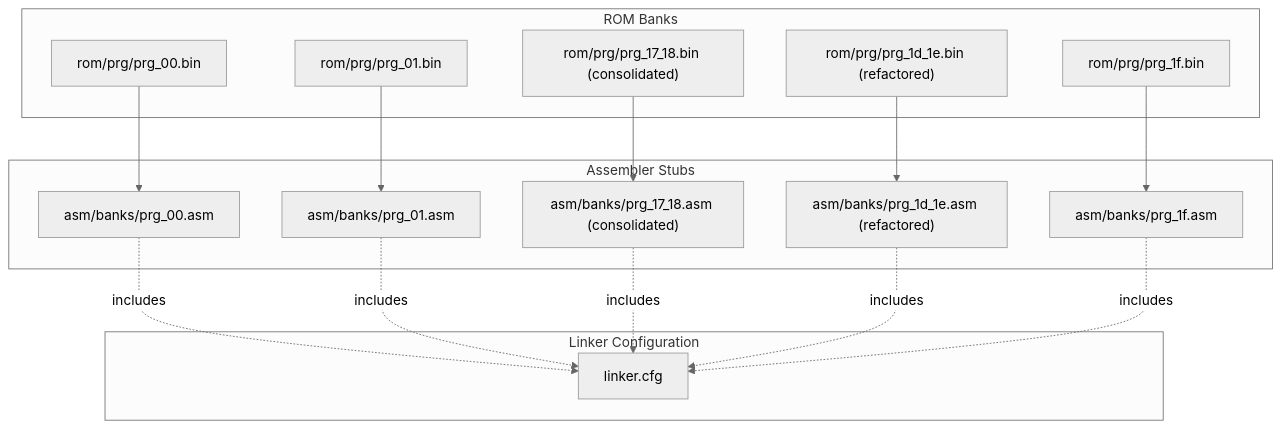
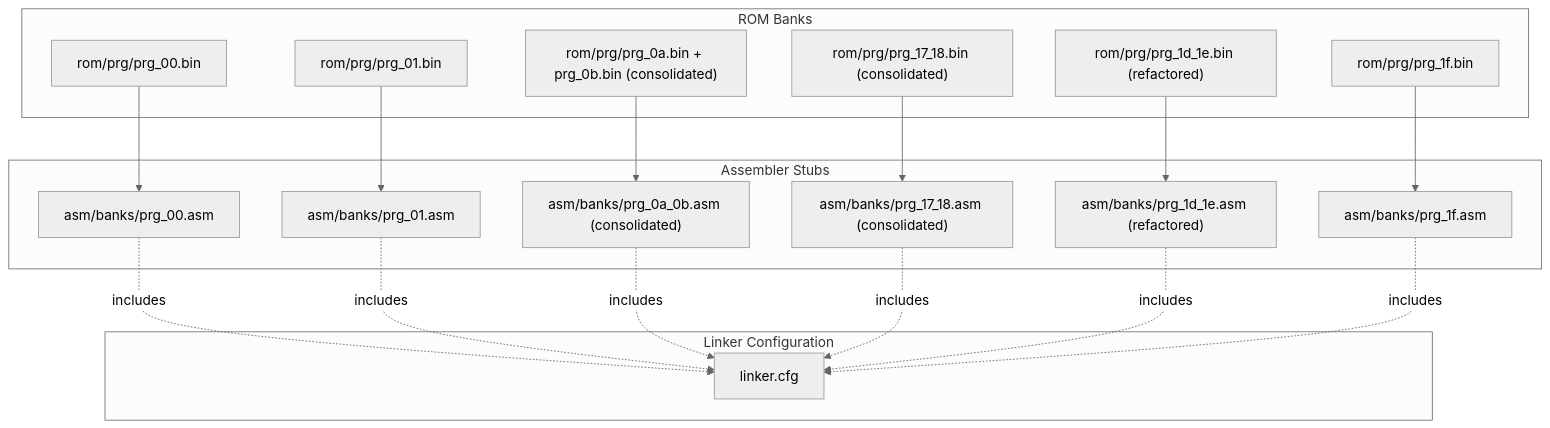
The first of 3 diagrams in .qoder/repowiki/en/content/Assembly Architecture/Bank Organization and Memory Layout.md (rabbyzero/sango2dasm), drawn with Mermaid (neutral theme) before and after one commit. The commit also changed other lines of this file and 31 other files, not shown here.

Commit message:
prg bank $0a $0b WIP. rename prg_1f.aligned.asm to prg_1f.asm.

````diff
--- a/.qoder/repowiki/en/content/Assembly Architecture/Bank Organization and Memory Layout.md
+++ b/.qoder/repowiki/en/content/Assembly Architecture/Bank Organization and Memory Layout.md
@@ -47,30 +50,34 @@
 ```mermaid
 graph TB
 subgraph "ROM Banks"
 B00["rom/prg/prg_00.bin"]
 B01["rom/prg/prg_01.bin"]
+B0A_0B["rom/prg/prg_0a.bin + prg_0b.bin (consolidated)"]
 B17_18["rom/prg/prg_17_18.bin (consolidated)"]
 B1D_1E["rom/prg/prg_1d_1e.bin (refactored)"]
 B1F["rom/prg/prg_1f.bin"]
 end
 subgraph "Assembler Stubs"
 S00["asm/banks/prg_00.asm"]
 S01["asm/banks/prg_01.asm"]
+S0A_0B["asm/banks/prg_0a_0b.asm (consolidated)"]
 S17_18["asm/banks/prg_17_18.asm (consolidated)"]
 S1D_1E["asm/banks/prg_1d_1e.asm (refactored)"]
 S1F["asm/banks/prg_1f.asm"]
 end
 subgraph "Linker Configuration"
 CFG["linker.cfg"]
 end
 B00 --> S00
 B01 --> S01
+B0A_0B --> S0A_0B
 B17_18 --> S17_18
 B1D_1E --> S1D_1E
 B1F --> S1F
 S00 -. includes .-> CFG
 S01 -. includes .-> CFG
+S0A_0B -. includes .-> CFG
 S17_18 -. includes .-> CFG
 S1D_1E -. includes .-> CFG
 S1F -. includes .-> CFG
 ```
````
